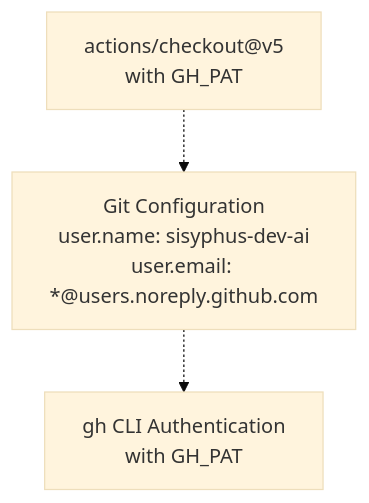
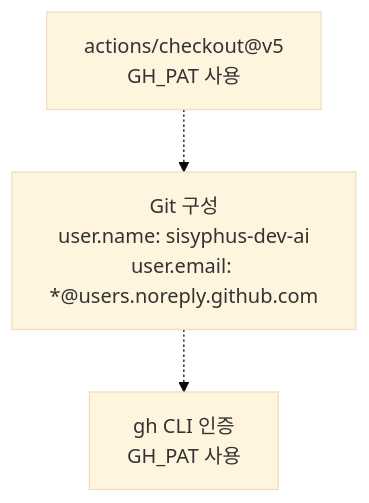
One commit to felipetruman/oh-my-opencode-docs changed the second of 9 diagrams in docs/automation/sisyphus-agent-workflow.md. Above: the diagram before and after it, drawn with Mermaid (base theme). The commit also changed other lines of this file and 76 other files, not shown here.

````diff
--- a/docs/automation/sisyphus-agent-workflow.md
+++ b/docs/automation/sisyphus-agent-workflow.md
@@ -82,10 +78,10 @@
 ```mermaid
 flowchart TD
 
-Checkout["actions/checkout@v5<br>with GH_PAT"]
-GitConfig["Git Configuration<br>user.name: sisyphus-dev-ai<br>user.email: *@users.noreply.github.com"]
-GHAuth["gh CLI Authentication<br>with GH_PAT"]
+Checkout["actions/checkout@v5<br>GH_PAT 사용"]
+GitConfig["Git 구성<br>user.name: sisyphus-dev-ai<br>user.email: *@users.noreply.github.com"]
+GHAuth["gh CLI 인증<br>GH_PAT 사용"]
 
 Checkout -.-> GitConfig
 GitConfig -.-> GHAuth
 ```
````
